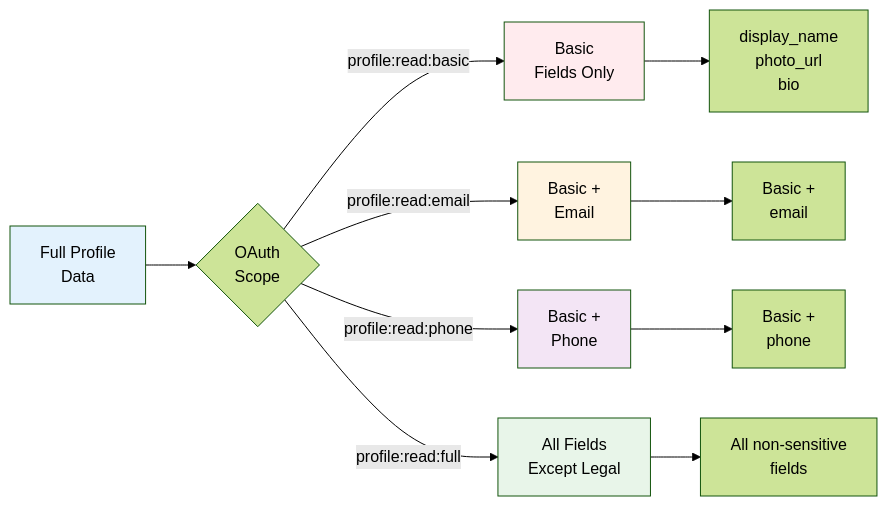
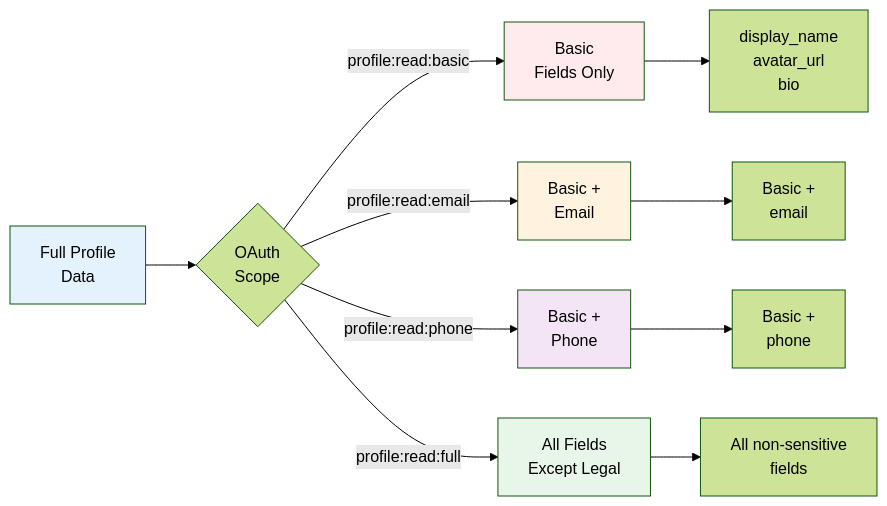
Before and after one commit to mastrolinux/final-project: the third of 4 diagrams in architecture/context-resolution.qmd, drawn with Mermaid (forest theme). The commit also changed other lines of this file and 25 other files, not shown here.

Commit message:
Fix avatar display in resolved profiles, deferred upload UX, and soft-delete unique constraint

````diff
--- a/architecture/context-resolution.qmd
+++ b/architecture/context-resolution.qmd
@@ -454,20 +455,20 @@
 ```{mermaid}
 flowchart LR
     FullProfile[Full Profile<br/>Data] --> ScopeFilter{OAuth<br/>Scope}
     
     ScopeFilter -->|profile:read:basic| Basic[Basic<br/>Fields Only]
     ScopeFilter -->|profile:read:email| Email[Basic +<br/>Email]
     ScopeFilter -->|profile:read:phone| Phone[Basic +<br/>Phone]
     ScopeFilter -->|profile:read:full| Full[All Fields<br/>Except Legal]
     
-    Basic --> Return1[display_name<br/>photo_url<br/>bio]
+    Basic --> Return1[display_name<br/>avatar_url<br/>bio]
     Email --> Return2[Basic +<br/>email]
     Phone --> Return3[Basic +<br/>phone]
     Full --> Return4[All non-sensitive<br/>fields]
     
     style FullProfile fill:#e3f2fd
     style Basic fill:#ffebee
     style Email fill:#fff3e0
     style Phone fill:#f3e5f5
     style Full fill:#e8f5e9
 ```
````
